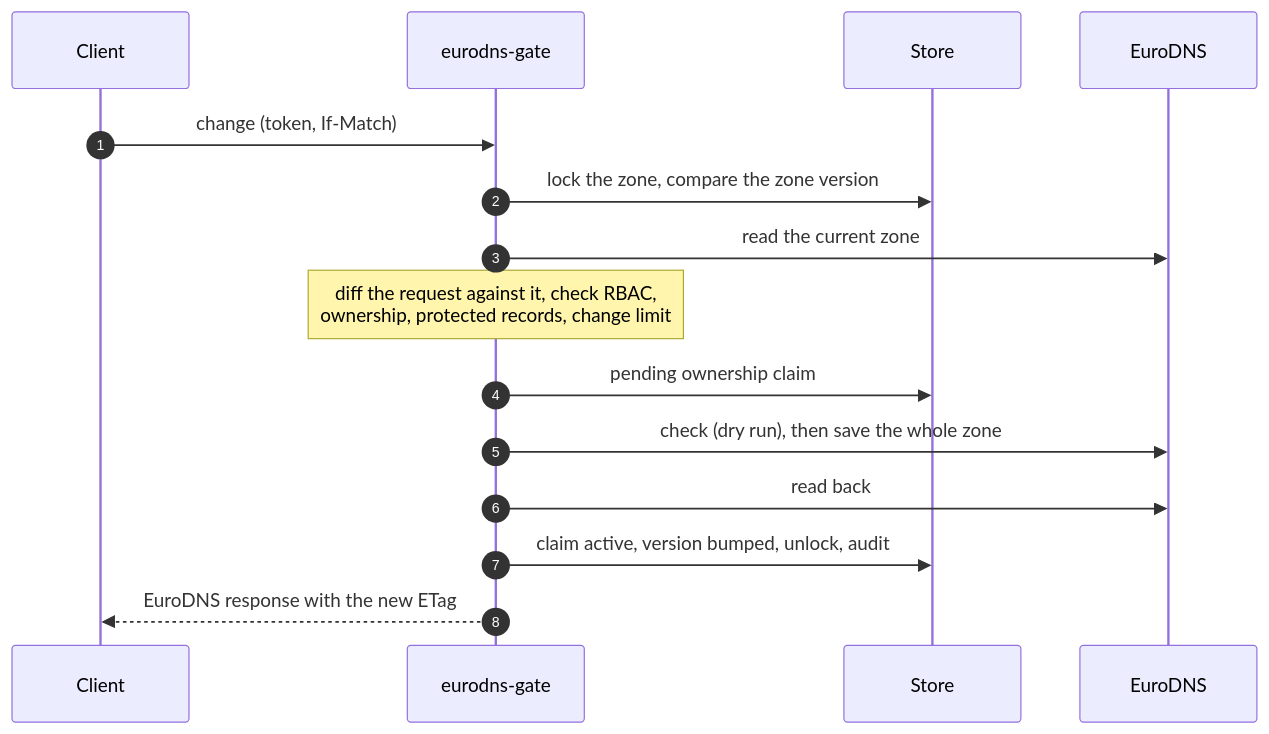
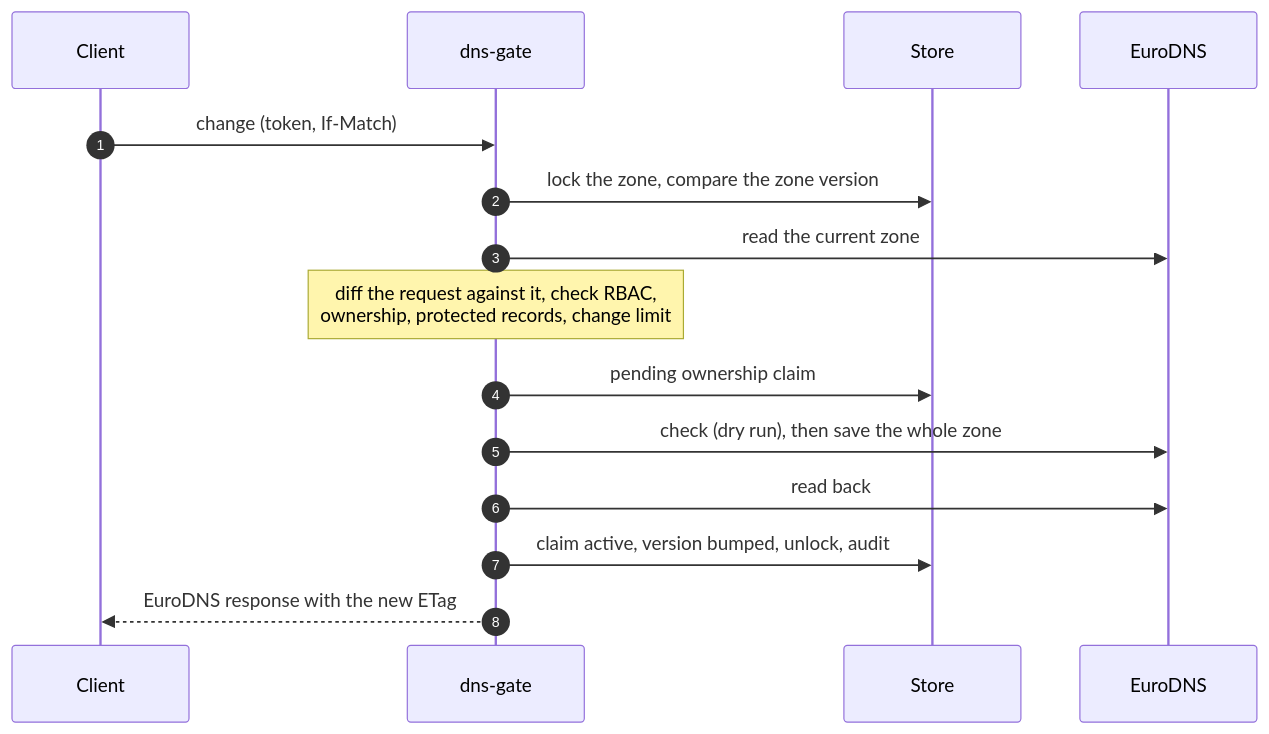
The second of 2 diagrams in README.md (KamorionLabs/dns-gate), drawn with Mermaid before and after one commit. The commit also changed other lines of this file and 210 other files, not shown here.

First line of the commit message:
feat: dns-gate v0.6, multi-provider gate (EuroDNS, Route53) (#58)

````diff
--- a/README.md
+++ b/README.md
@@ -99,17 +109,17 @@
 ```mermaid
 sequenceDiagram
   autonumber
   participant C as Client
-  participant G as eurodns-gate
+  participant G as dns-gate
   participant S as Store
   participant E as EuroDNS
   C->>G: change (token, If-Match)
   G->>S: lock the zone, compare the zone version
   G->>E: read the current zone
   Note over G: diff the request against it, check RBAC,<br/>ownership, protected records, change limit
   G->>S: pending ownership claim
   G->>E: check (dry run), then save the whole zone
   G->>E: read back
   G->>S: claim active, version bumped, unlock, audit
   G-->>C: EuroDNS response with the new ETag
 ```
````
